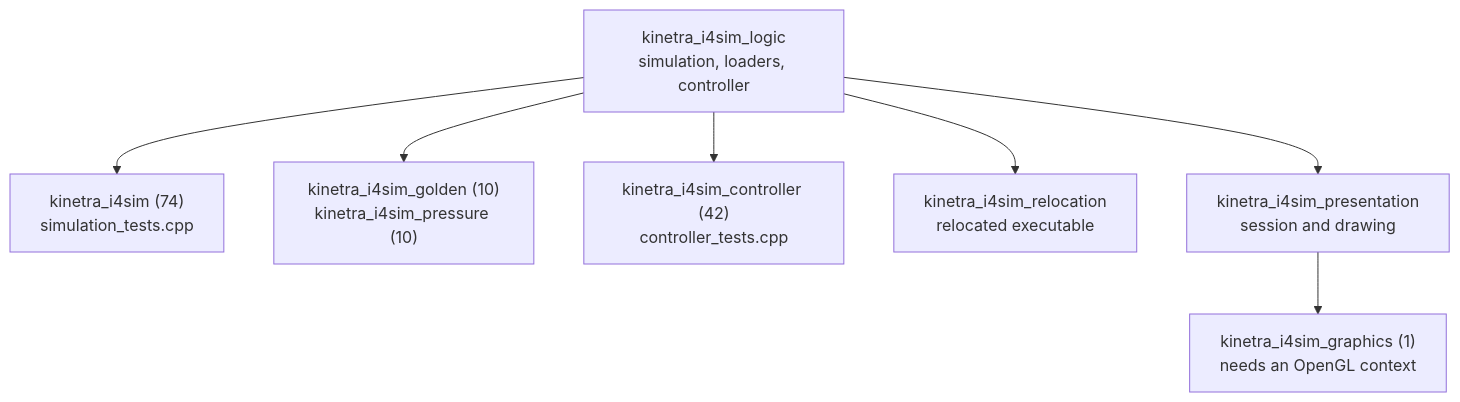
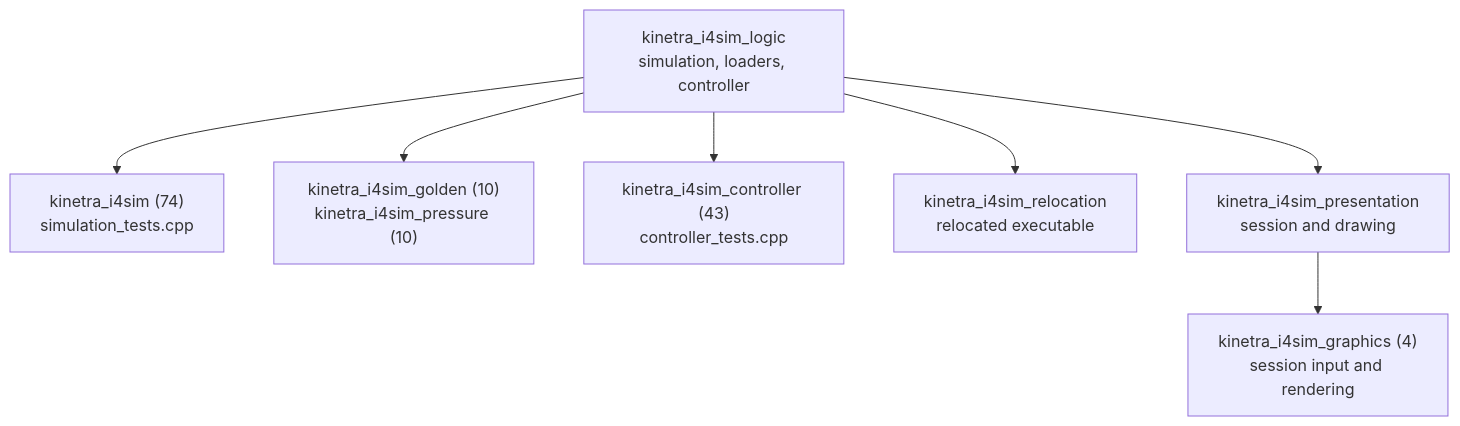
The diagram in labs/i4sim/tests/README.md (SMB-M87/Kinetra-Lab), drawn with Mermaid before and after one commit. The commit also changed other lines of this file and 11 other files, not shown here.

````diff
--- a/labs/i4sim/tests/README.md
+++ b/labs/i4sim/tests/README.md
@@ -24,9 +24,9 @@
 ```mermaid
 flowchart TD
     Logic["kinetra_i4sim_logic<br/>simulation, loaders, controller"] --> Sim["kinetra_i4sim (74)<br/>simulation_tests.cpp"]
     Logic --> Golden["kinetra_i4sim_golden (10)<br/>kinetra_i4sim_pressure (10)"]
-    Logic --> Controller["kinetra_i4sim_controller (42)<br/>controller_tests.cpp"]
+    Logic --> Controller["kinetra_i4sim_controller (43)<br/>controller_tests.cpp"]
     Logic --> Relocation["kinetra_i4sim_relocation<br/>relocated executable"]
-    Presentation["kinetra_i4sim_presentation<br/>session and drawing"] --> Graphics["kinetra_i4sim_graphics (1)<br/>needs an OpenGL context"]
+    Presentation["kinetra_i4sim_presentation<br/>session and drawing"] --> Graphics["kinetra_i4sim_graphics (4)<br/>session input and rendering"]
     Logic --> Presentation
 ```
````
